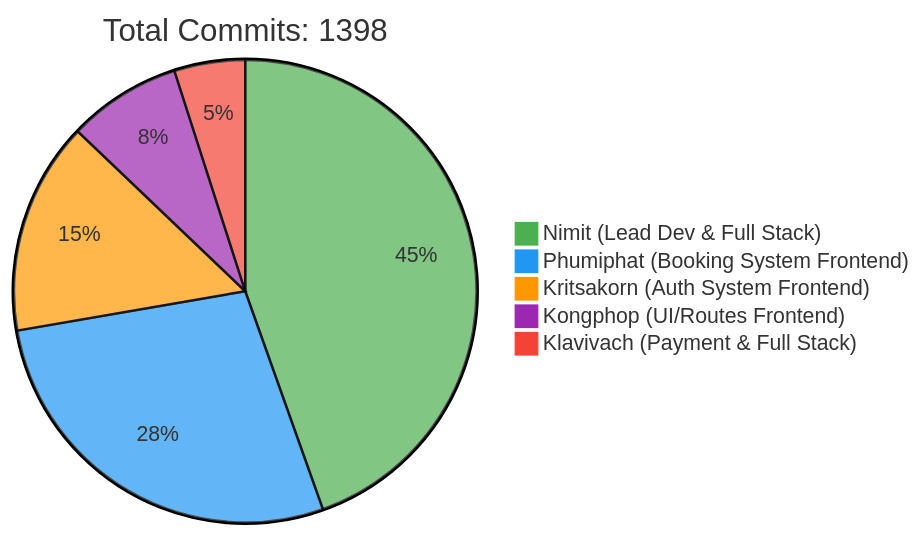
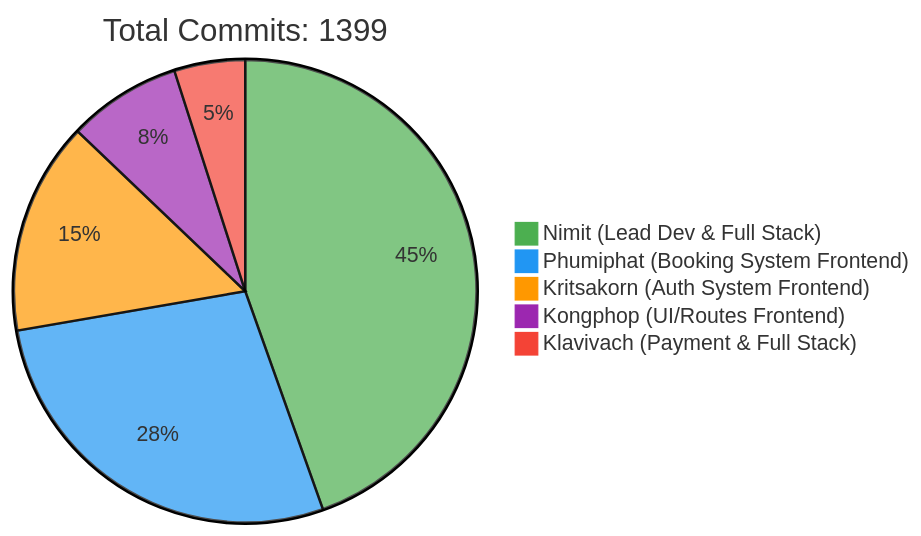
One commit to 6531503042/Sport-Complex changed the first of 2 diagrams in README.md. Above: the diagram before and after it, drawn with Mermaid. The commit also changed other lines of this file, not shown here.

Commit message:
docs: Update contributor statistics [skip ci]

````diff
--- a/README.md
+++ b/README.md
@@ -257,10 +257,10 @@
 ```mermaid
 %%{init: {'theme': 'base', 'themeVariables': { 'pie1': '#4CAF50', 'pie2': '#2196F3', 'pie3': '#FF9800', 'pie4': '#9C27B0', 'pie5': '#F44336'}}}%%
 pie
-    title Total Commits: 1398
+    title Total Commits: 1399
     "Nimit (Lead Dev & Full Stack)" : 450
     "Phumiphat (Booking System Frontend)" : 280
     "Kritsakorn (Auth System Frontend)" : 150
     "Kongphop (UI/Routes Frontend)" : 80
     "Klavivach (Payment & Full Stack)" : 50
 ```
````
